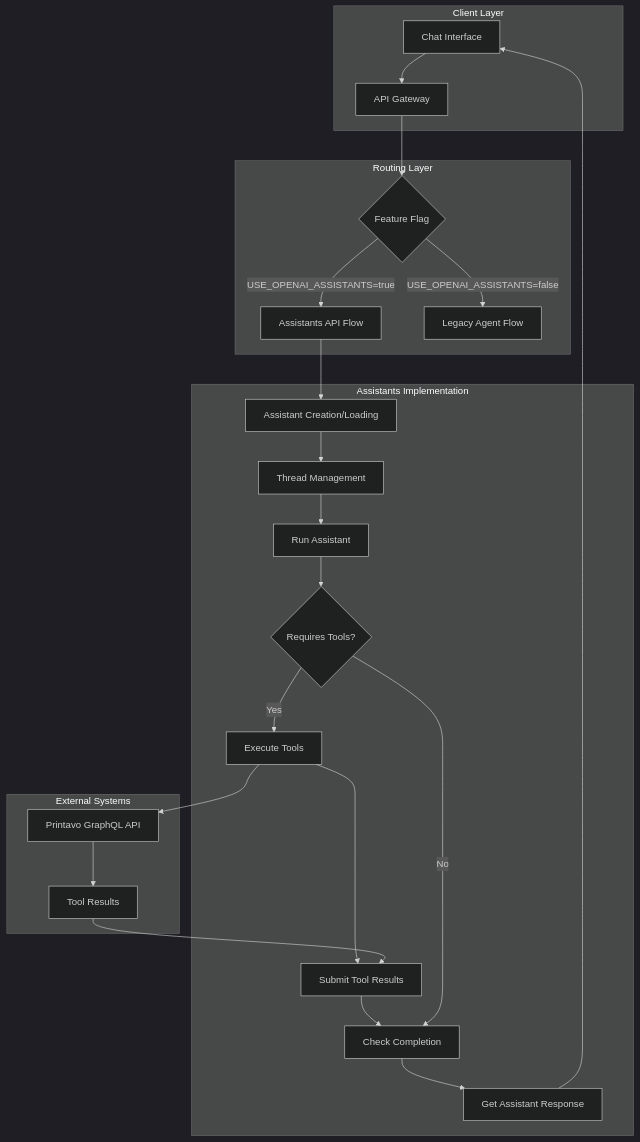
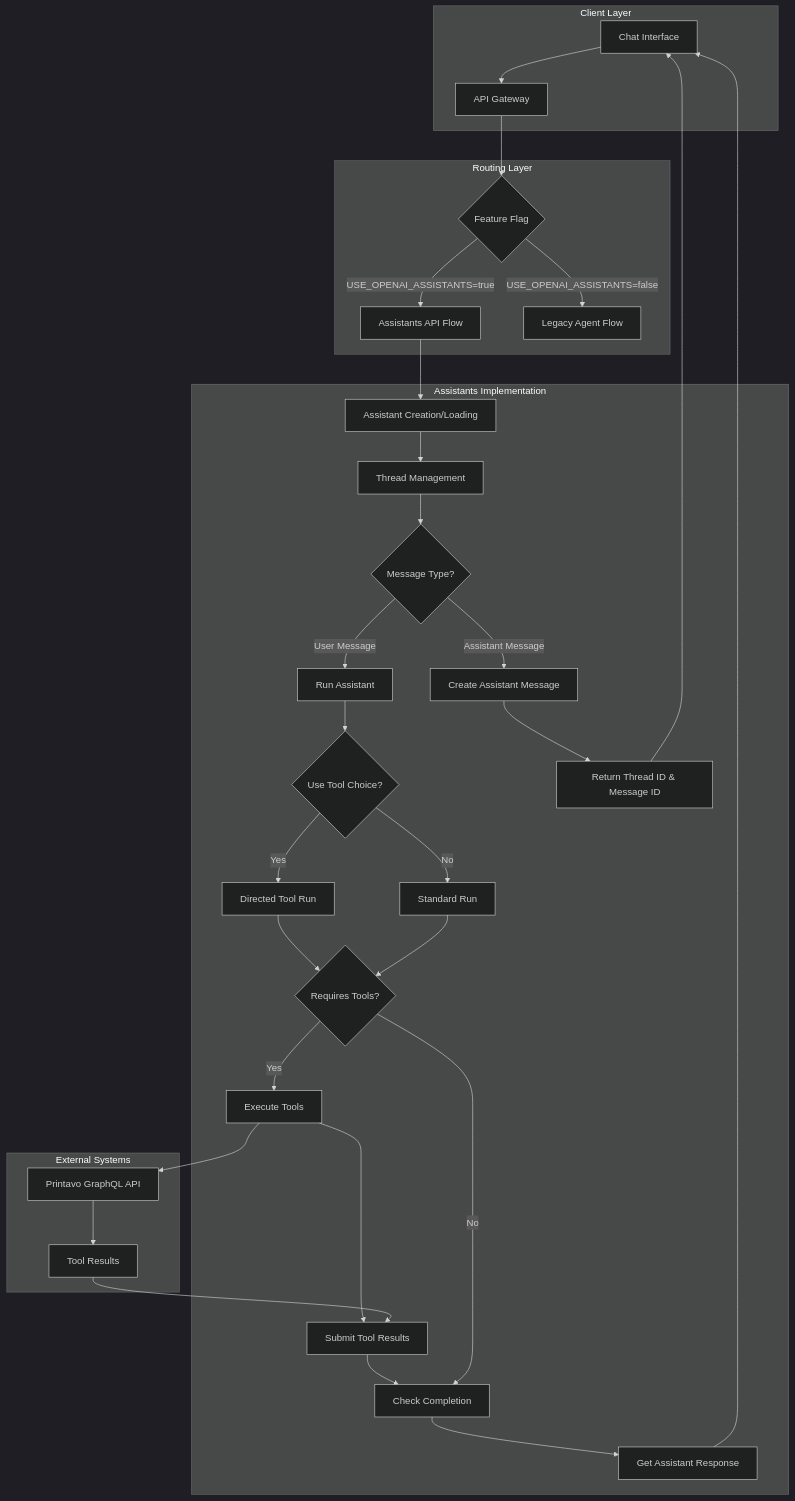
Before and after one commit to MrMarysville/printavochat: the fourth of 4 diagrams in memory-bank/systemPatterns.md, drawn with Mermaid (dark theme). The commit also changed other lines of this file and 2031 other files, not shown here.

````diff
--- a/memory-bank/systemPatterns.md
+++ b/memory-bank/systemPatterns.md
@@ -398,33 +398,42 @@
 ```mermaid
 graph TD
     subgraph "Client Layer"
         UI[Chat Interface]
         UI --> API[API Gateway]
     end
     
     subgraph "Routing Layer"
         API --> FeatureFlag{Feature Flag}
         FeatureFlag -->|USE_OPENAI_ASSISTANTS=true| AssistantsAPI[Assistants API Flow]
         FeatureFlag -->|USE_OPENAI_ASSISTANTS=false| LegacyFlow[Legacy Agent Flow]
     end
     
     subgraph "Assistants Implementation"
         AssistantsAPI --> AAC[Assistant Creation/Loading]
         AAC --> Thread[Thread Management]
-        Thread --> Run[Run Assistant]
-        Run --> ToolCheck{Requires Tools?}
+        Thread --> MessageType{Message Type?}
+        MessageType -->|User Message| Run[Run Assistant]
+        MessageType -->|Assistant Message| CustomMessage[Create Assistant Message]
+        Run --> ToolChoiceCheck{Use Tool Choice?}
+        ToolChoiceCheck -->|Yes| DirectedToolRun[Directed Tool Run]
+        ToolChoiceCheck -->|No| StandardRun[Standard Run]
+        DirectedToolRun --> ToolCheck
+        StandardRun --> ToolCheck
+        ToolCheck{Requires Tools?}
         ToolCheck -->|Yes| ToolExec[Execute Tools]
         ToolExec --> SubmitResults[Submit Tool Results]
         SubmitResults --> CheckCompletion
         ToolCheck -->|No| CheckCompletion[Check Completion]
         CheckCompletion --> GetResponse[Get Assistant Response]
+        CustomMessage --> CleanupReturn[Return Thread ID & Message ID]
     end
     
     subgraph "External Systems"
         ToolExec --> PrintavoAPI[Printavo GraphQL API]
         PrintavoAPI --> ToolResult[Tool Results]
         ToolResult --> SubmitResults
     end
     
     GetResponse --> UI
+    CleanupReturn --> UI
 ```
````
